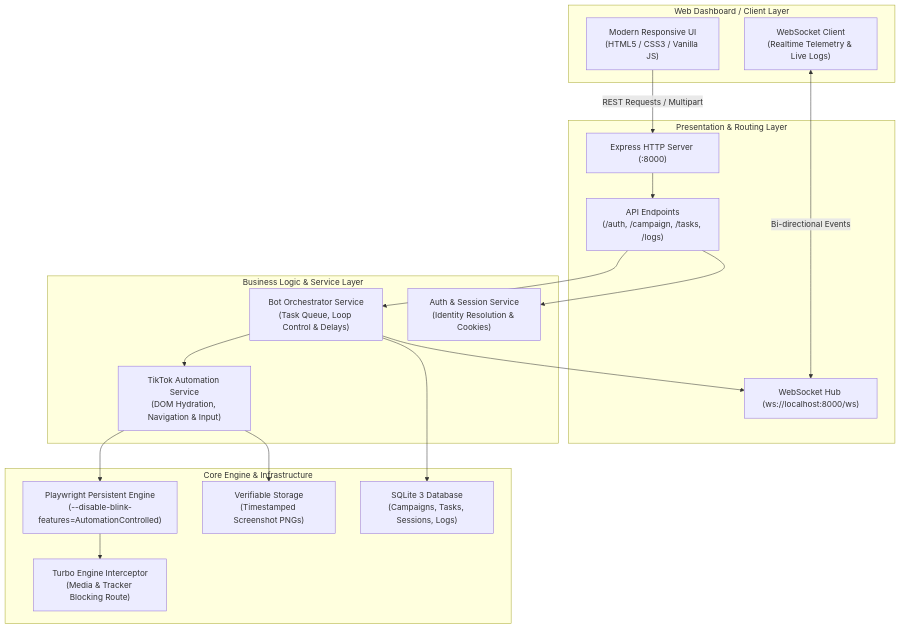
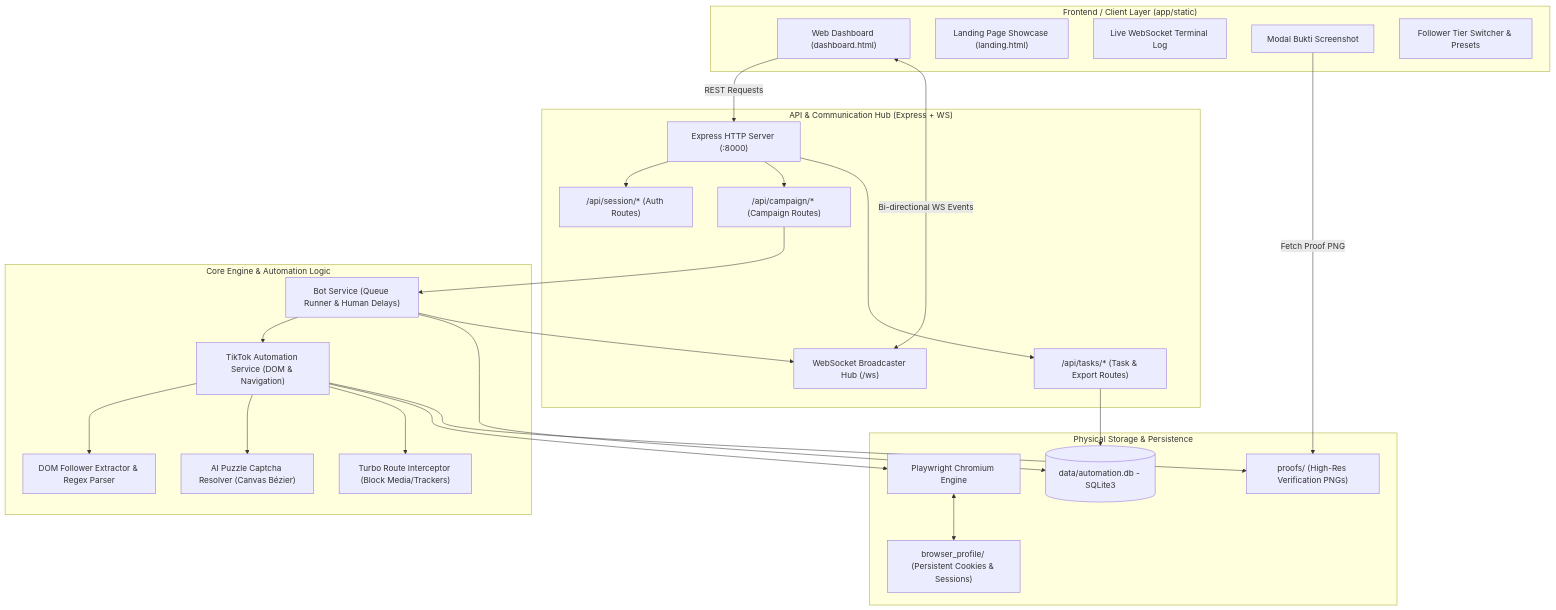
The first of 2 diagrams in README.md (kingZG-com/omnireach), drawn with Mermaid before and after one commit. The commit also changed other lines of this file and 2989 other files, not shown here.

````diff
--- a/README.md
+++ b/README.md
@@ -20,38 +46,49 @@
 ```mermaid
 flowchart TD
-    subgraph Client["Web Dashboard / Client Layer"]
-        UI["Modern Responsive UI\n(HTML5 / CSS3 / Vanilla JS)"]
-        WSClient["WebSocket Client\n(Realtime Telemetry & Live Logs)"]
+    subgraph UI_Layer ["Frontend / Client Layer (app/static)"]
+        Dashboard["Web Dashboard (dashboard.html)"]
+        Landing["Landing Page Showcase (landing.html)"]
+        LiveConsole["Live WebSocket Terminal Log"]
+        ProofViewer["Modal Bukti Screenshot"]
+        TierControls["Follower Tier Switcher & Presets"]
     end
 
-    subgraph API["Presentation & Routing Layer"]
-        Server["Express HTTP Server (:8000)"]
-        WSMgr["WebSocket Hub (ws://localhost:8000/ws)"]
-        Routes["API Endpoints\n(/auth, /campaign, /tasks, /logs)"]
+    subgraph API_Layer ["API & Communication Hub (Express + WS)"]
+        ExpressServer["Express HTTP Server (:8000)"]
+        WSHub["WebSocket Broadcaster Hub (/ws)"]
+        RouterAuth["/api/session/* (Auth Routes)"]
+        RouterCampaign["/api/campaign/* (Campaign Routes)"]
+        RouterTask["/api/tasks/* (Task & Export Routes)"]
     end
 
-    subgraph Domain["Business Logic & Service Layer"]
-        BotSvc["Bot Orchestrator Service\n(Task Queue, Loop Control & Delays)"]
-        TikTokSvc["TikTok Automation Service\n(DOM Hydration, Navigation & Input)"]
-        AuthSvc["Auth & Session Service\n(Identity Resolution & Cookies)"]
+    subgraph Orchestration_Layer ["Core Engine & Automation Logic"]
+        BotOrchestrator["Bot Service (Queue Runner & Human Delays)"]
+        TikTokEngine["TikTok Automation Service (DOM & Navigation)"]
+        FollowerDetector["DOM Follower Extractor & Regex Parser"]
+        CaptchaEngine["AI Puzzle Captcha Resolver (Canvas Bézier)"]
+        TurboRouting["Turbo Route Interceptor (Block Media/Trackers)"]
     end
 
-    subgraph Core["Core Engine & Infrastructure"]
-        BrowserEngine["Playwright Persistent Engine\n(--disable-blink-features=AutomationControlled)"]
-        TurboRouter["Turbo Engine Interceptor\n(Media & Tracker Blocking Route)"]
-        Storage["SQLite 3 Database\n(Campaigns, Tasks, Sessions, Logs)"]
-        Proofs["Verifiable Storage\n(Timestamped Screenshot PNGs)"]
+    subgraph Storage_Layer ["Physical Storage & Persistence"]
+        PlaywrightContext["Playwright Chromium Engine"]
+        BrowserProfile["browser_profile/ (Persistent Cookies & Sessions)"]
+        SQLiteDB[(data/automation.db - SQLite3)]
+        ProofStorage["proofs/ (High-Res Verification PNGs)"]
     end
 
-    UI -->|REST Requests / Multipart| Server
-    WSClient <-->|Bi-directional Events| WSMgr
-    Server --> Routes
-    Routes --> BotSvc
-    Routes --> AuthSvc
-    BotSvc --> TikTokSvc
-    TikTokSvc --> BrowserEngine
-    BrowserEngine --> TurboRouter
-    BotSvc --> Storage
-    BotSvc --> WSMgr
-    TikTokSvc --> Proofs
+    Dashboard -->|REST Requests| ExpressServer
+    Dashboard <-->|Bi-directional WS Events| WSHub
+    ExpressServer --> RouterAuth & RouterCampaign & RouterTask
+    RouterCampaign --> BotOrchestrator
+    RouterTask --> SQLiteDB
+    BotOrchestrator --> TikTokEngine
+    TikTokEngine --> FollowerDetector
+    TikTokEngine --> CaptchaEngine
+    TikTokEngine --> TurboRouting
+    TikTokEngine --> PlaywrightContext
+    PlaywrightContext <--> BrowserProfile
+    BotOrchestrator --> SQLiteDB
+    BotOrchestrator --> WSHub
+    TikTokEngine --> ProofStorage
+    ProofViewer -->|Fetch Proof PNG| ProofStorage
 ```
````
